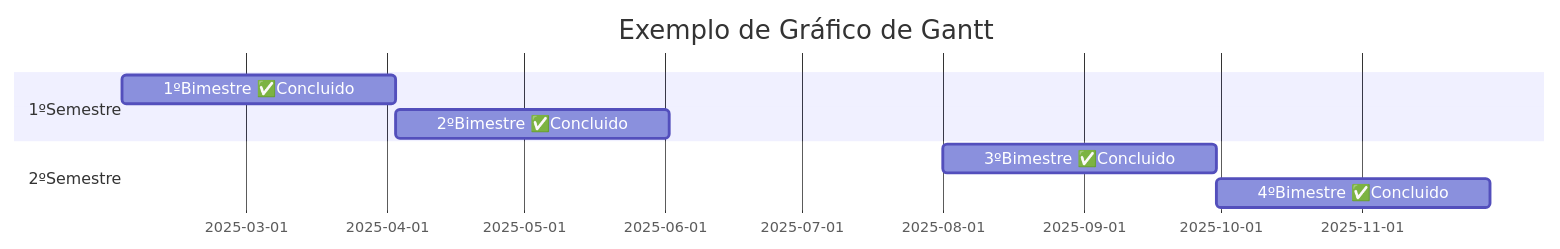
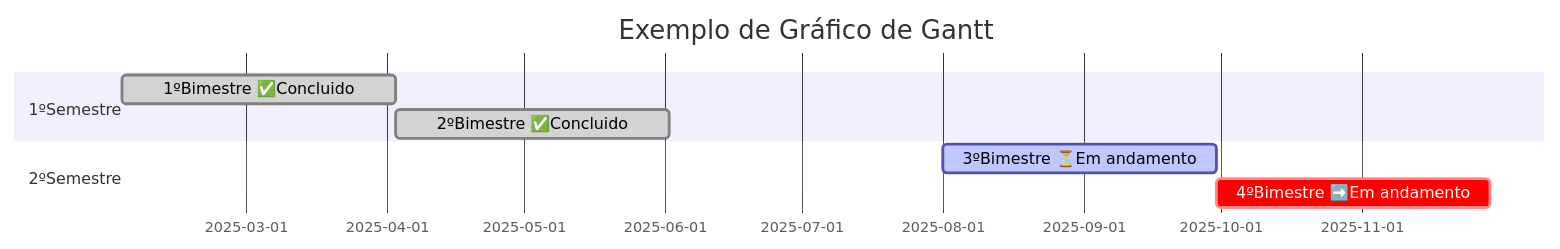
Before and after one commit to Richardo-o/grafico_g: the third of 3 diagrams in README.md, drawn with Mermaid.

````diff
--- a/README.md
+++ b/README.md
@@ -21,11 +21,11 @@
 ```mermaid
 gantt
 title Exemplo de Gráfico de Gantt
 dateFormat YYYY-MM-DD
 section 1ºSemestre
-1ºBimestre ✅Concluido:a1, 2025-02-02, 60d
-2ºBimestre ✅Concluido:a2, after a1, 60d
+1ºBimestre ✅Concluido:done, a1, 2025-02-02, 60d
+2ºBimestre ✅Concluido:done, a2, after a1, 60d
 section 2ºSemestre
-3ºBimestre ✅Concluido:a3, 2025-08-01, 60d
-4ºBimestre ✅Concluido:a4, after a3, 60d
+3ºBimestre ⏳Em andamento:active, a3, 2025-08-01, 60d
+4ºBimestre ➡️Em andamento:crit, a4, after a3, 60d
 ```
````
